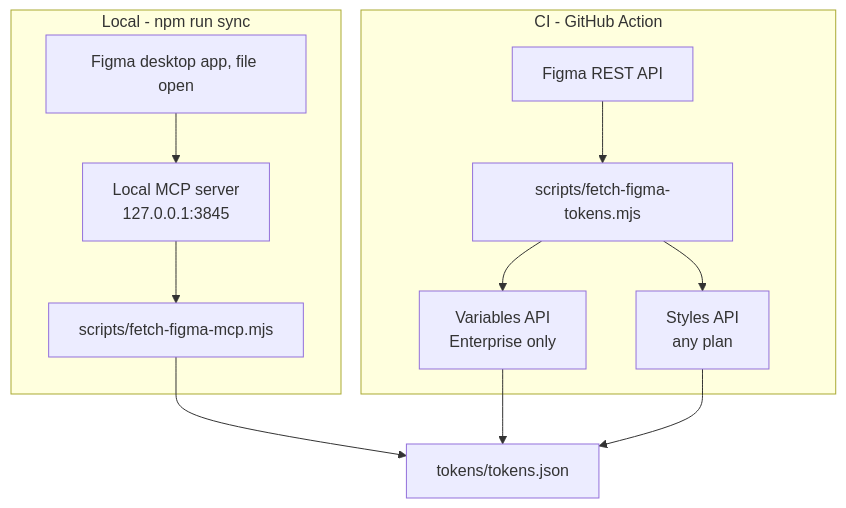
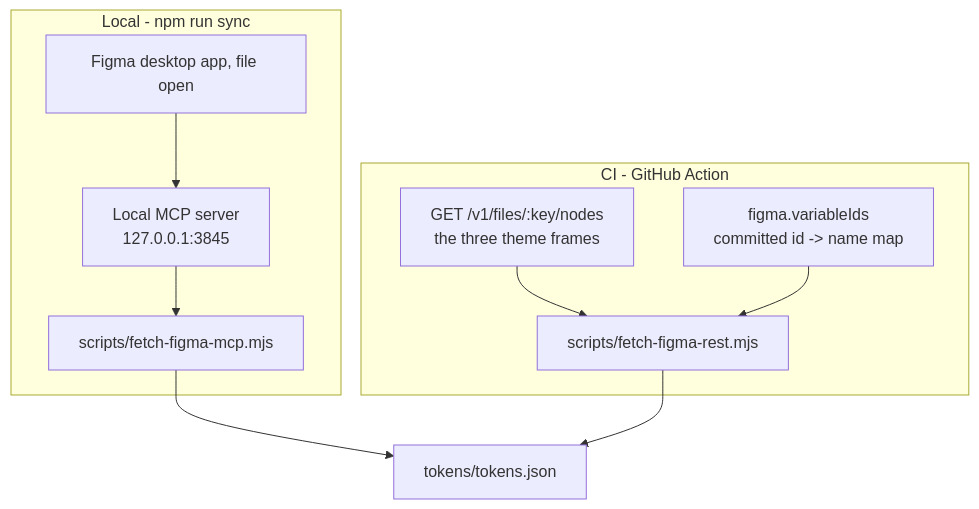
One commit to serhii-kucherenko/expo-figma-tokens changed the third of 3 diagrams in README.md. Above: the diagram before and after it, drawn with Mermaid. The commit also changed other lines of this file and 10 other files, not shown here.

First line of the commit message:
Read variables over plain REST by resolving them from the theme frames

````diff
--- a/README.md
+++ b/README.md
@@ -103,15 +103,13 @@
 ```mermaid
 flowchart TB
   subgraph L["Local - npm run sync"]
     L1["Figma desktop app, file open"] --> L2["Local MCP server<br/>127.0.0.1:3845"]
     L2 --> L3["scripts/fetch-figma-mcp.mjs"]
   end
   subgraph C["CI - GitHub Action"]
-    C1["Figma REST API"] --> C2["scripts/fetch-figma-tokens.mjs"]
-    C2 --> C3["Variables API<br/>Enterprise only"]
-    C2 --> C4["Styles API<br/>any plan"]
+    C1["GET /v1/files/:key/nodes<br/>the three theme frames"] --> C2["scripts/fetch-figma-rest.mjs"]
+    M["figma.variableIds<br/>committed id -> name map"] --> C2
   end
   L3 --> T["tokens/tokens.json"]
-  C3 --> T
-  C4 --> T
+  C2 --> T
 ```
````
